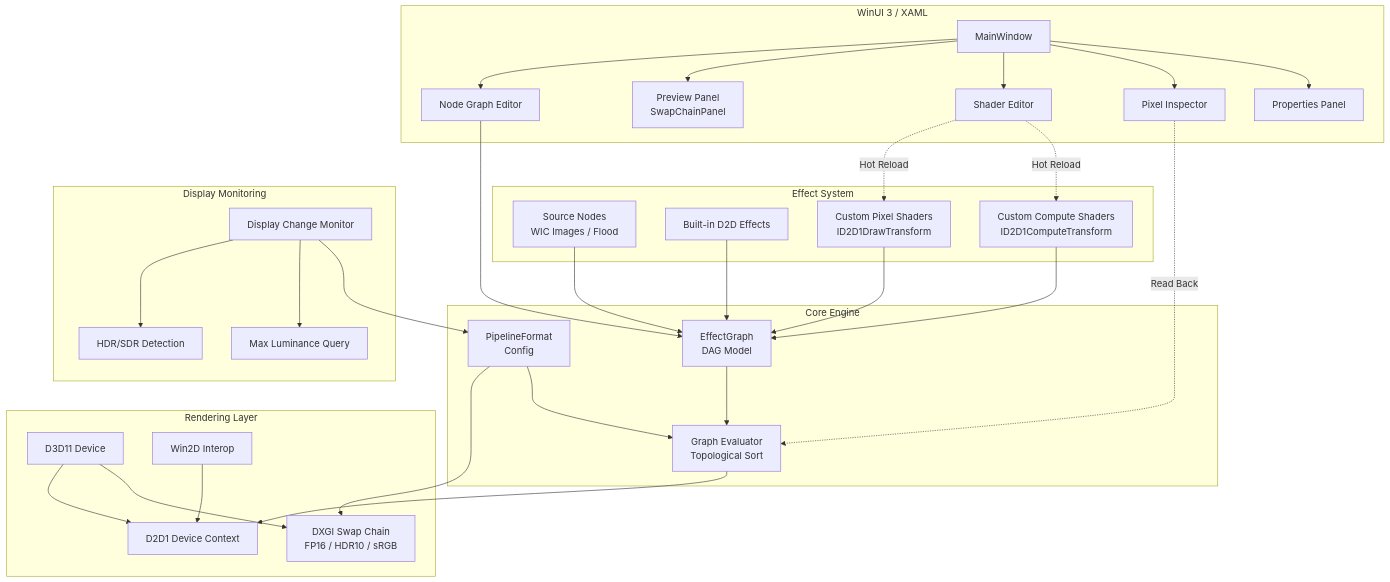
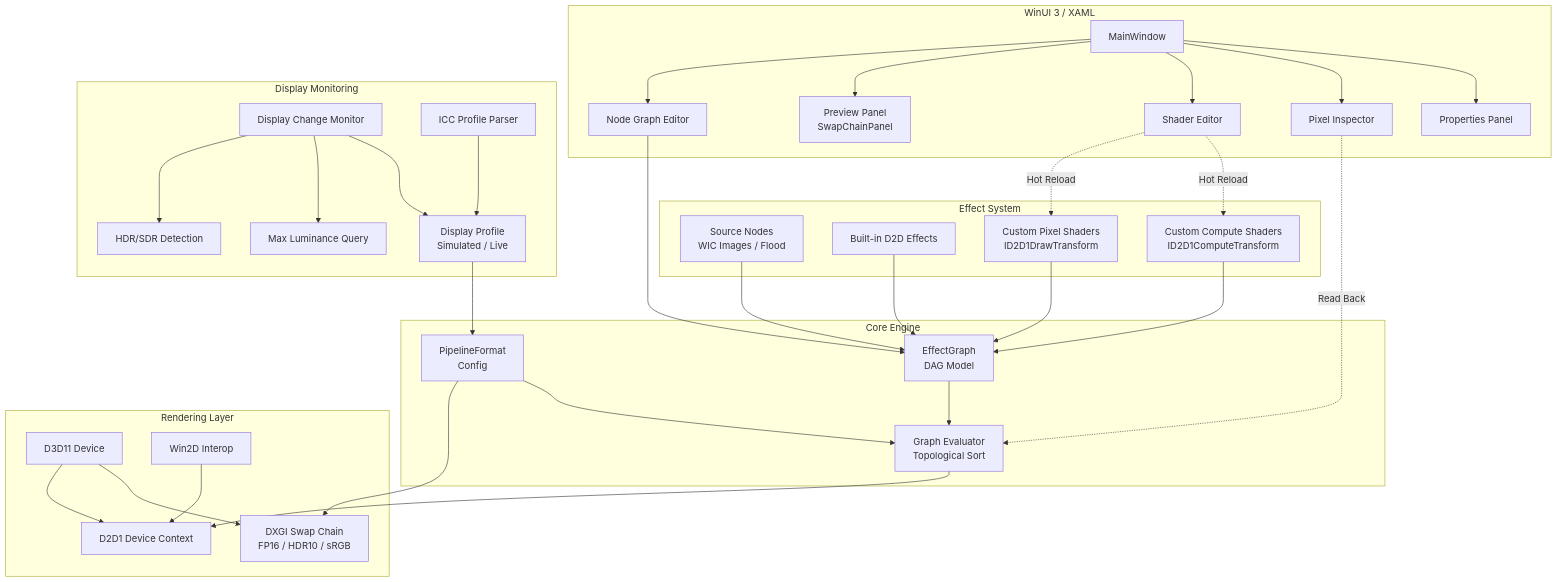
Before and after one commit to Spruill-1/ShaderLab: the first of 7 diagrams in README.md, drawn with Mermaid. The commit also changed other lines of this file and 21 other files, not shown here.

````diff
--- a/README.md
+++ b/README.md
@@ -11,61 +11,65 @@
 ```mermaid
 graph TB
     subgraph UI["WinUI 3 / XAML"]
         MW[MainWindow]
         NGE[Node Graph Editor]
         PP[Preview Panel<br/>SwapChainPanel]
         SE[Shader Editor]
         PI[Pixel Inspector]
         PROPS[Properties Panel]
     end
 
     subgraph Core["Core Engine"]
         EG[EffectGraph<br/>DAG Model]
         EVAL[Graph Evaluator<br/>Topological Sort]
         PF[PipelineFormat<br/>Config]
     end
 
     subgraph Rendering["Rendering Layer"]
         D3D[D3D11 Device]
         D2D[D2D1 Device Context]
         SC[DXGI Swap Chain<br/>FP16 / HDR10 / sRGB]
         W2D[Win2D Interop]
     end
 
     subgraph Effects["Effect System"]
         SRC[Source Nodes<br/>WIC Images / Flood]
         BIN[Built-in D2D Effects]
         PS[Custom Pixel Shaders<br/>ID2D1DrawTransform]
         CS[Custom Compute Shaders<br/>ID2D1ComputeTransform]
     end
 
     subgraph Monitoring["Display Monitoring"]
         DM[Display Change Monitor]
         HDR[HDR/SDR Detection]
         LUM[Max Luminance Query]
+        DP[Display Profile<br/>Simulated / Live]
+        ICC[ICC Profile Parser]
     end
 
     MW --> NGE
     MW --> PP
     MW --> SE
     MW --> PI
     MW --> PROPS
     NGE --> EG
     EG --> EVAL
     EVAL --> D2D
     PF --> SC
     PF --> EVAL
     D3D --> D2D
     D3D --> SC
     W2D --> D2D
     SRC --> EG
     BIN --> EG
     PS --> EG
     CS --> EG
     DM --> HDR
     DM --> LUM
-    DM --> PF
+    DM --> DP
+    ICC --> DP
+    DP --> PF
     SE -.->|Hot Reload| PS
     SE -.->|Hot Reload| CS
     PI -.->|Read Back| EVAL
 ```
````
